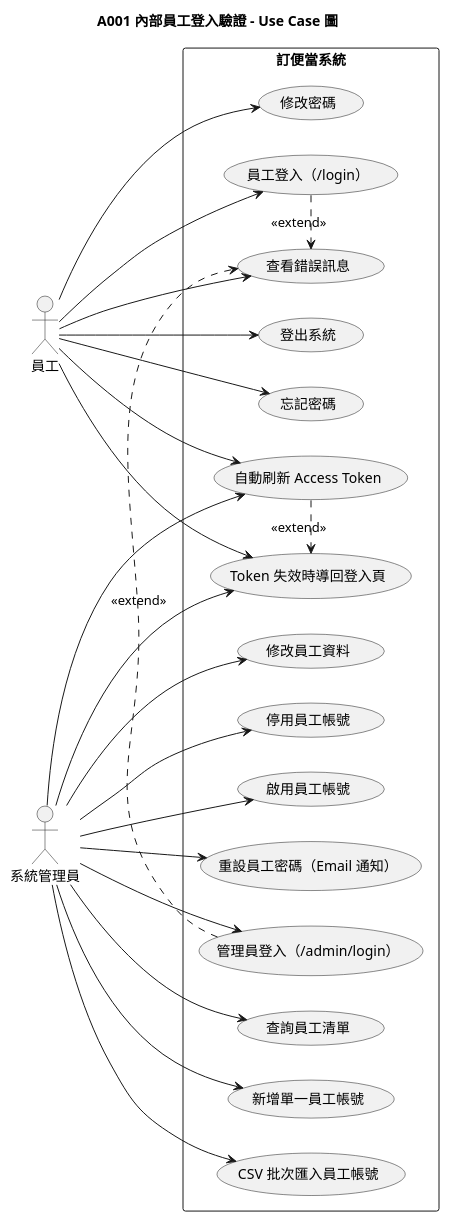
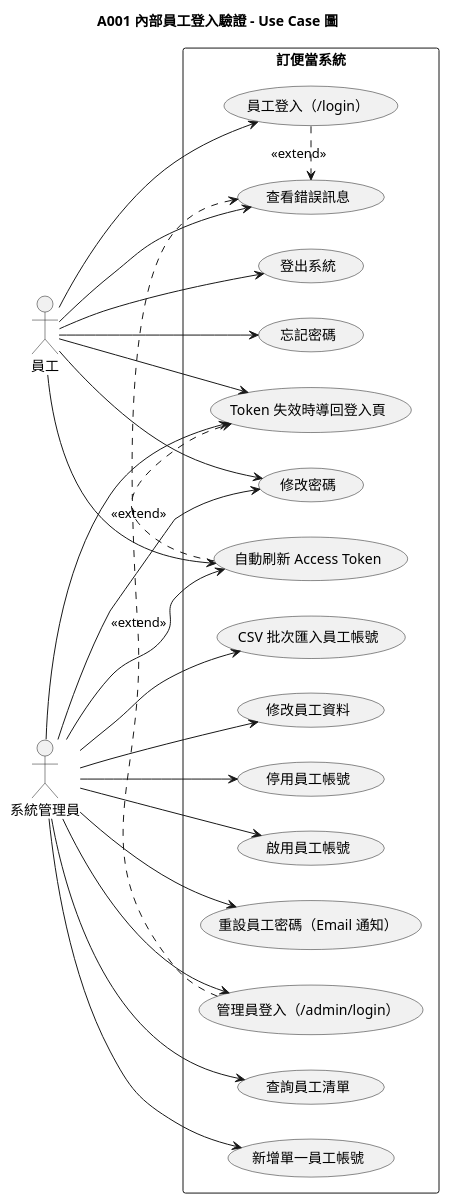
One commit to teyhawzhe/bento-uml changed the diagram in output/A001/A001-usecase.puml. Above: the diagram before and after it, drawn with PlantUML. The commit also changed 4 other files, not shown here.

```diff
--- a/output/A001/A001-usecase.puml
+++ b/output/A001/A001-usecase.puml
@@ -1,50 +1,51 @@
 @startuml A001-usecase
 
 left to right direction
 title A001 內部員工登入驗證 - Use Case 圖
 
 actor 員工
 actor 系統管理員
 
 rectangle 訂便當系統 {
   usecase "員工登入（/login）" as UC1
   usecase "查看錯誤訊息" as UC2
   usecase "登出系統" as UC3
   usecase "忘記密碼" as UC4
   usecase "修改密碼" as UC5
   usecase "管理員登入（/admin/login）" as UC6
   usecase "查詢員工清單" as UC11
   usecase "新增單一員工帳號" as UC7
   usecase "CSV 批次匯入員工帳號" as UC10
   usecase "修改員工資料" as UC13
   usecase "停用員工帳號" as UC8
   usecase "啟用員工帳號" as UC12
   usecase "重設員工密碼（Email 通知）" as UC9
   usecase "自動刷新 Access Token" as UC14
   usecase "Token 失效時導回登入頁" as UC15
 }
 
 員工 --> UC1
 員工 --> UC2
 員工 --> UC3
 員工 --> UC4
 員工 --> UC5
 員工 --> UC14
 員工 --> UC15
 
+系統管理員 --> UC5
 系統管理員 --> UC6
 系統管理員 --> UC11
 系統管理員 --> UC7
 系統管理員 --> UC10
 系統管理員 --> UC13
 系統管理員 --> UC8
 系統管理員 --> UC12
 系統管理員 --> UC9
 系統管理員 --> UC14
 系統管理員 --> UC15
 
 UC1 .> UC2 : <<extend>>
 UC6 .> UC2 : <<extend>>
 UC14 .> UC15 : <<extend>>
 
 @enduml
```
